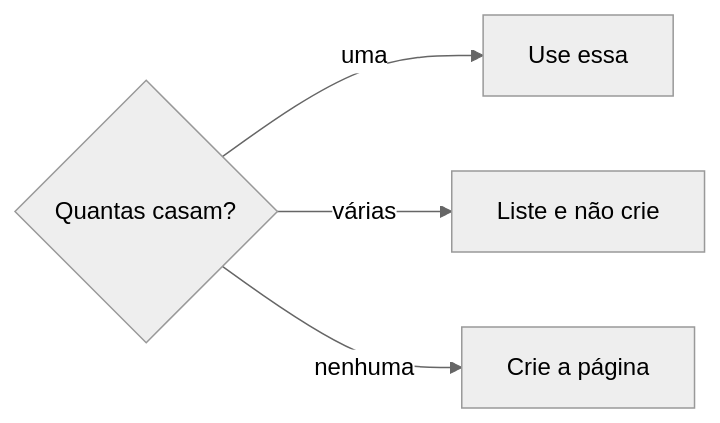
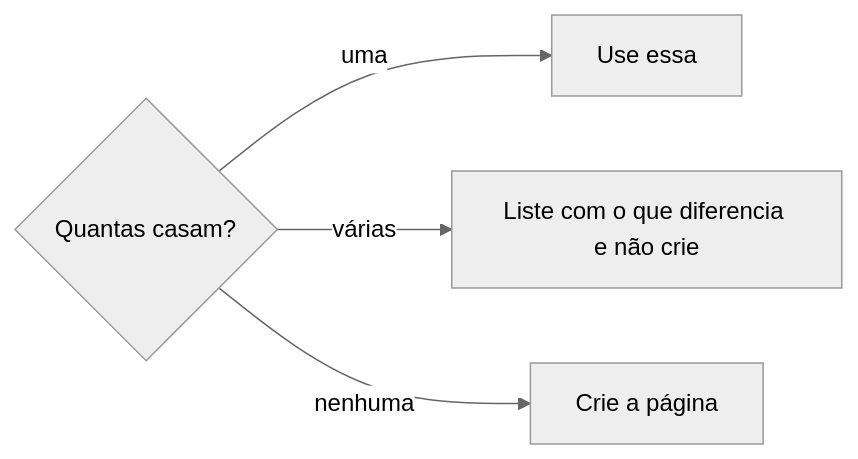
One commit to jimmyandrade/harness changed the second of 3 diagrams in .agents/skills/definir-pessoa/SKILL.md. Above: the diagram before and after it, drawn with Mermaid (neutral theme). The commit also changed other lines of this file and 1 other file, not shown here.

````diff
--- a/.agents/skills/definir-pessoa/SKILL.md
+++ b/.agents/skills/definir-pessoa/SKILL.md
@@ -60,6 +64,6 @@
 ```mermaid
 flowchart LR
   B{Quantas casam?} -->|uma| U[Use essa]
-  B -->|várias| L[Liste e não crie]
+  B -->|várias| L[Liste com o que diferencia e não crie]
   B -->|nenhuma| C[Crie a página]
 ```
````
